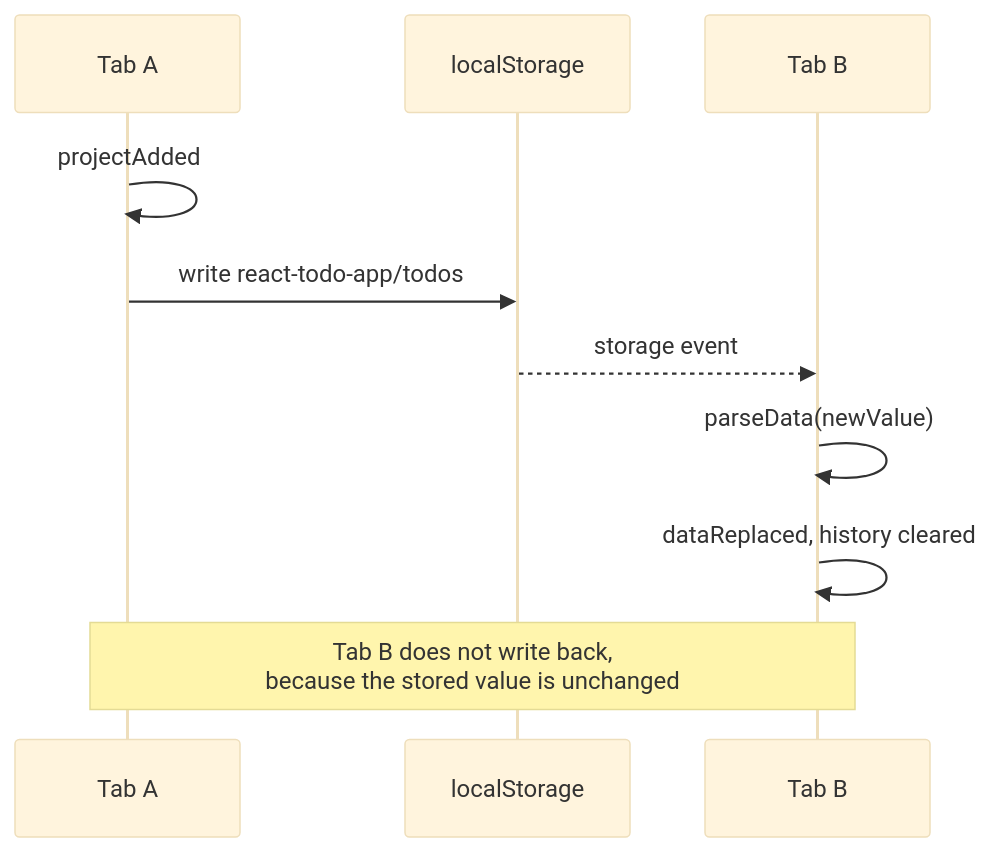
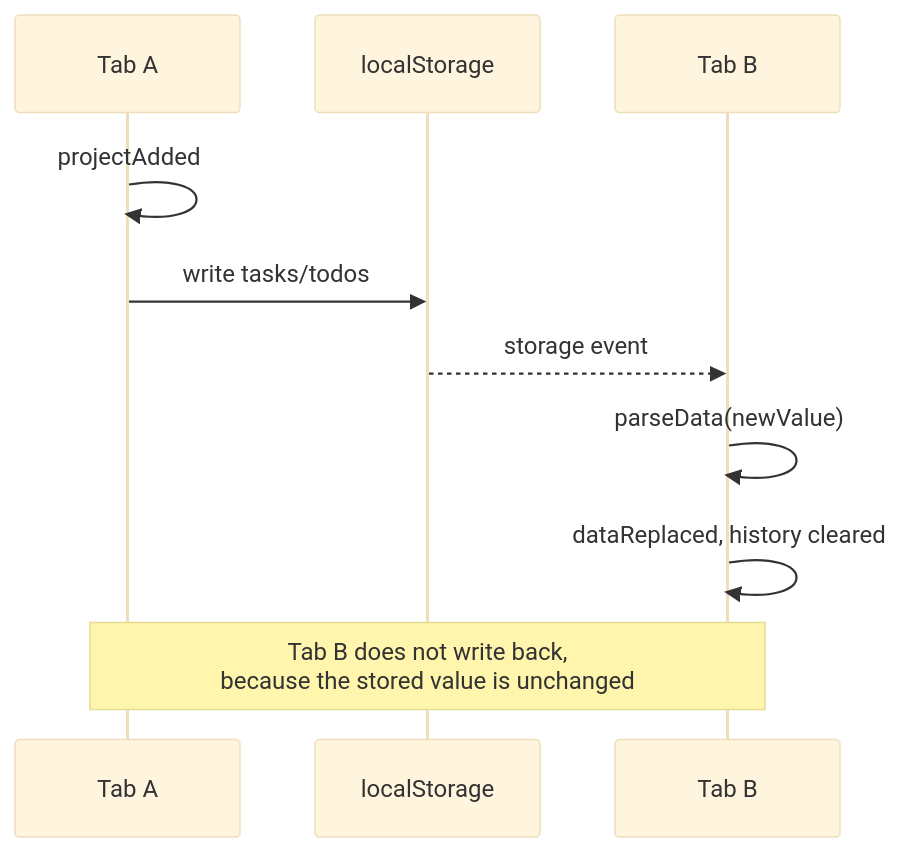
Before and after one commit to sacrificed666/react-todo-app: the eighth of 10 diagrams in docs/architecture.md, drawn with Mermaid (base theme). The commit also changed other lines of this file and 82 other files, not shown here.

````diff
--- a/docs/architecture.md
+++ b/docs/architecture.md
@@ -341,12 +342,12 @@
 ```mermaid
 sequenceDiagram
   participant A as Tab A
   participant LS as localStorage
   participant B as Tab B
   A->>A: projectAdded
-  A->>LS: write react-todo-app/todos
+  A->>LS: write tasks/todos
   LS-->>B: storage event
   B->>B: parseData(newValue)
   B->>B: dataReplaced, history cleared
   Note over A,B: Tab B does not write back,<br/>because the stored value is unchanged
 ```
````
